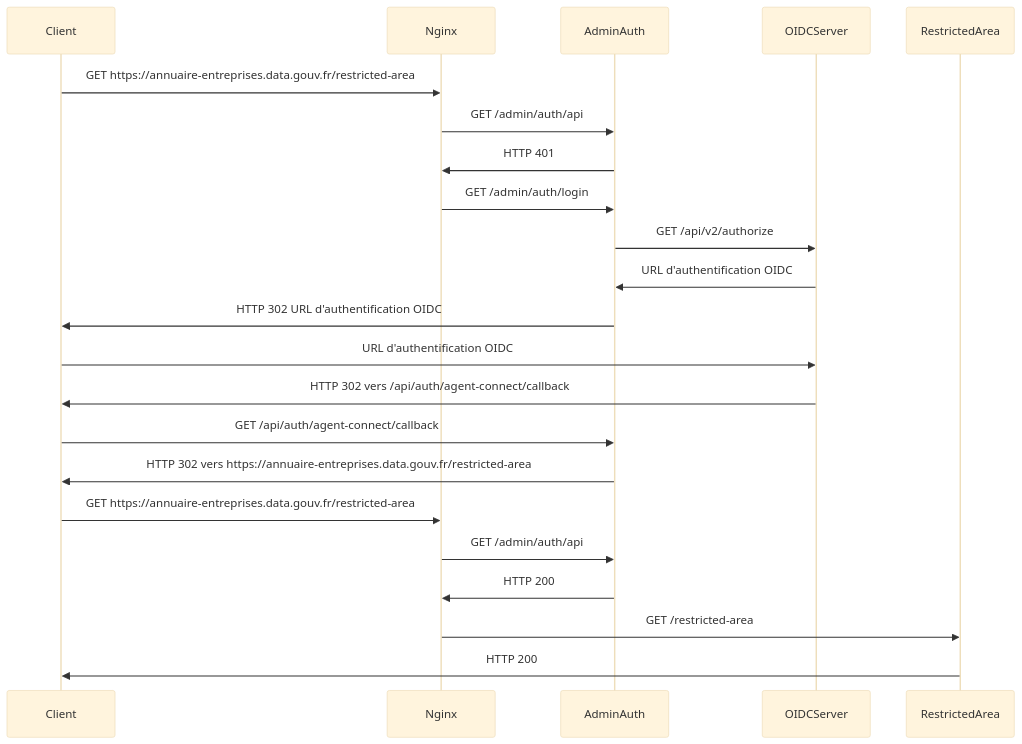
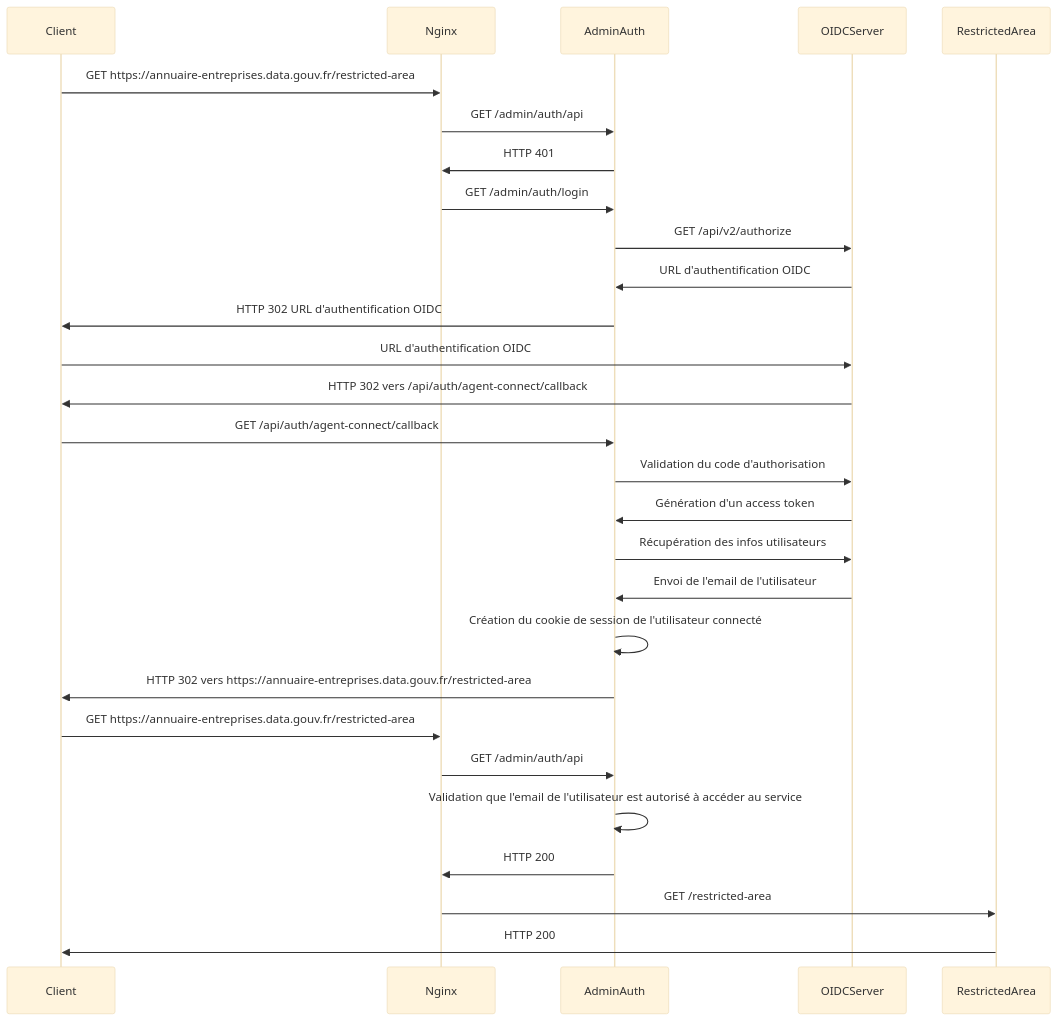
The diagram in Readme.md (annuaire-entreprises-data-gouv-fr/admin-auth), drawn with Mermaid (base theme) before and after one commit.

Commit message:
doc: improve sequence diagram

````diff
--- a/Readme.md
+++ b/Readme.md
@@ -70,19 +70,25 @@
 ```mermaid
 sequenceDiagram
     Client->>Nginx: GET https://annuaire-entreprises.data.gouv.fr/restricted-area
     Nginx->>AdminAuth: GET /admin/auth/api
     AdminAuth->>Nginx: HTTP 401
     Nginx->>AdminAuth: GET /admin/auth/login
     AdminAuth->>OIDCServer: GET /api/v2/authorize
     OIDCServer->>AdminAuth: URL d'authentification OIDC
     AdminAuth->>Client: HTTP 302 URL d'authentification OIDC
     Client->>OIDCServer: URL d'authentification OIDC
     OIDCServer->>Client: HTTP 302 vers /api/auth/agent-connect/callback
     Client->>AdminAuth: GET /api/auth/agent-connect/callback
+    AdminAuth->>OIDCServer: Validation du code d'authorisation
+    OIDCServer->>AdminAuth: Génération d'un access token
+    AdminAuth->>OIDCServer: Récupération des infos utilisateurs
+    OIDCServer->>AdminAuth: Envoi de l'email de l'utilisateur
+    AdminAuth->>AdminAuth: Création du cookie de session de l'utilisateur connecté
     AdminAuth->>Client: HTTP 302 vers https://annuaire-entreprises.data.gouv.fr/restricted-area
     Client->>Nginx: GET https://annuaire-entreprises.data.gouv.fr/restricted-area
     Nginx->>AdminAuth: GET /admin/auth/api
+    AdminAuth->>AdminAuth: Validation que l'email de l'utilisateur est autorisé à accéder au service
     AdminAuth->>Nginx: HTTP 200
     Nginx->>RestrictedArea: GET /restricted-area
     RestrictedArea->>Client: HTTP 200
 ```
````
